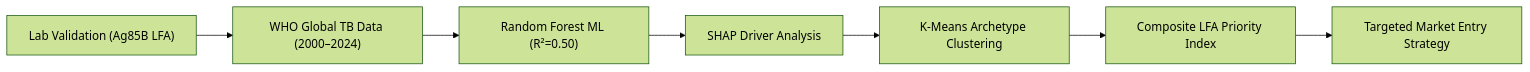
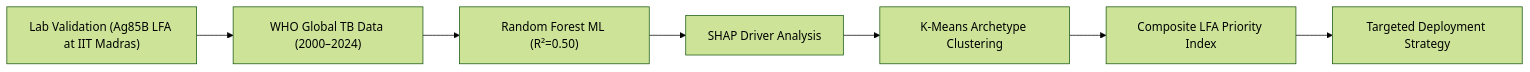
The diagram in README.md (Mathedu-pandian/tb-diagnostic-gap-analysis), drawn with Mermaid (forest theme) before and after one commit. The commit also changed other lines of this file and 1 other file, not shown here.

Commit message:
docs: reframe PRD and strategy docs as institutional IIT Madras team decisions

````diff
--- a/README.md
+++ b/README.md
@@ -31,9 +32,9 @@
 ```mermaid
 graph LR
-    A["Lab Validation (Ag85B LFA)"] --> B["WHO Global TB Data (2000–2024)"]
+    A["Lab Validation (Ag85B LFA at IIT Madras)"] --> B["WHO Global TB Data (2000–2024)"]
     B --> C["Random Forest ML (R²=0.50)"]
     C --> D["SHAP Driver Analysis"]
     D --> E["K-Means Archetype Clustering"]
     E --> F["Composite LFA Priority Index"]
-    F --> G["Targeted Market Entry Strategy"]
+    F --> G["Targeted Deployment Strategy"]
 ```
````
